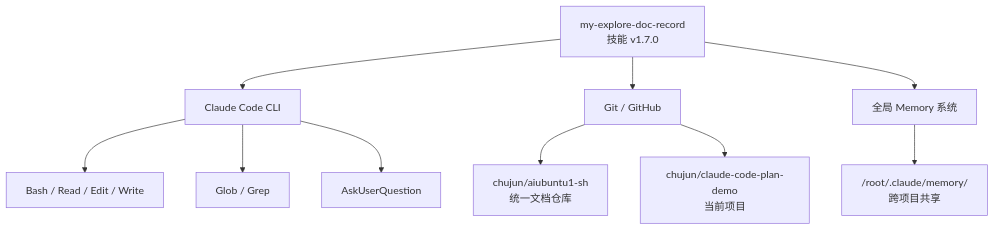
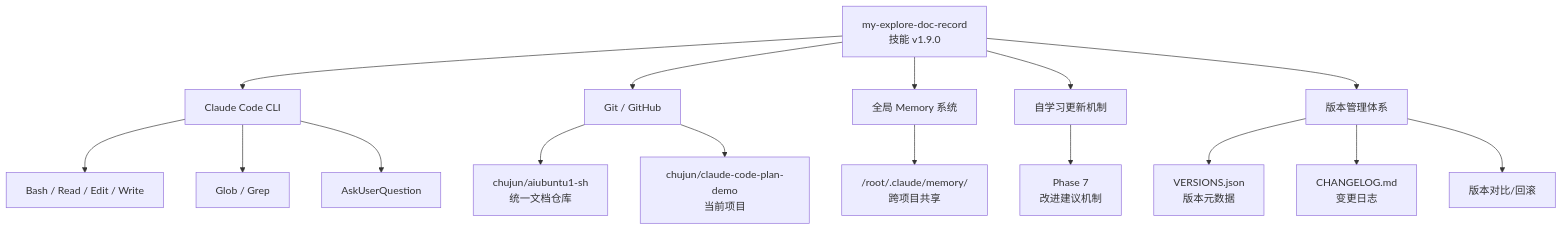
Before and after one commit to chujun/aiubuntu1-sh: the first of 10 diagrams in doc/ai-explore/2026-04-11-my-explore-doc-record技能优化实践探索之旅.md, drawn with Mermaid. The commit also changed other lines of this file, not shown here.

First line of the commit message:
docs: 更新 my-explore-doc-record 技能优化文档（v1.8.0 自学习机制 + v1.9.0 版本管理）

````diff
--- a/doc/ai-explore/2026-04-11-my-explore-doc-record技能优化实践探索之旅.md
+++ b/doc/ai-explore/2026-04-11-my-explore-doc-record技能优化实践探索之旅.md
@@ -108,12 +115,18 @@
 ```mermaid
 graph TD
-    A["my-explore-doc-record<br/>技能 v1.7.0"] --> B["Claude Code CLI"]
+    A["my-explore-doc-record<br/>技能 v1.9.0"] --> B["Claude Code CLI"]
     A --> C["Git / GitHub"]
     A --> D["全局 Memory 系统"]
-    B --> E["Bash / Read / Edit / Write"]
-    B --> F["Glob / Grep"]
-    B --> G["AskUserQuestion"]
-    C --> H["chujun/aiubuntu1-sh<br/>统一文档仓库"]
-    C --> I["chujun/claude-code-plan-demo<br/>当前项目"]
-    D --> J["/root/.claude/memory/<br/>跨项目共享"]
+    A --> E["自学习更新机制"]
+    A --> F["版本管理体系"]
+    B --> G["Bash / Read / Edit / Write"]
+    B --> H["Glob / Grep"]
+    B --> I["AskUserQuestion"]
+    C --> J["chujun/aiubuntu1-sh<br/>统一文档仓库"]
+    C --> K["chujun/claude-code-plan-demo<br/>当前项目"]
+    D --> L["/root/.claude/memory/<br/>跨项目共享"]
+    E --> M["Phase 7<br/>改进建议机制"]
+    F --> N["VERSIONS.json<br/>版本元数据"]
+    F --> O["CHANGELOG.md<br/>变更日志"]
+    F --> P["版本对比/回滚"]
 ```
````
